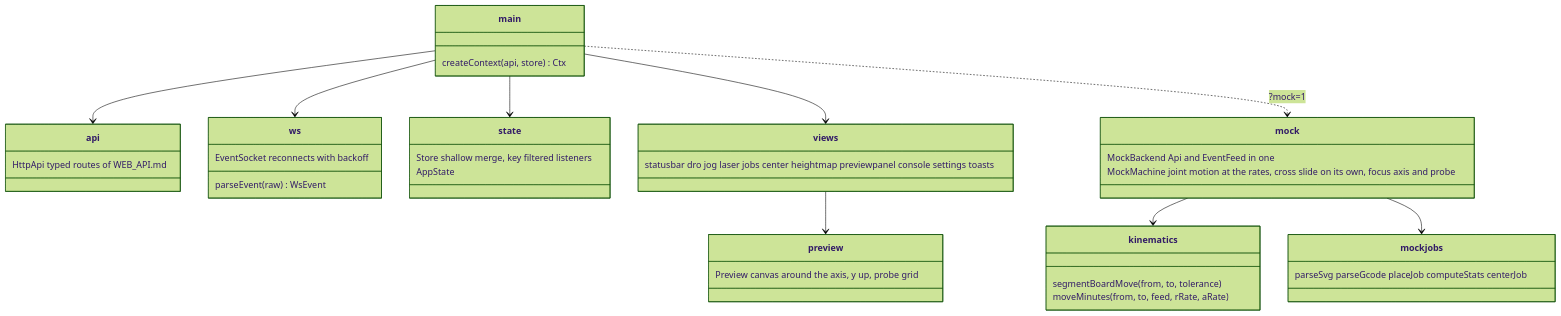
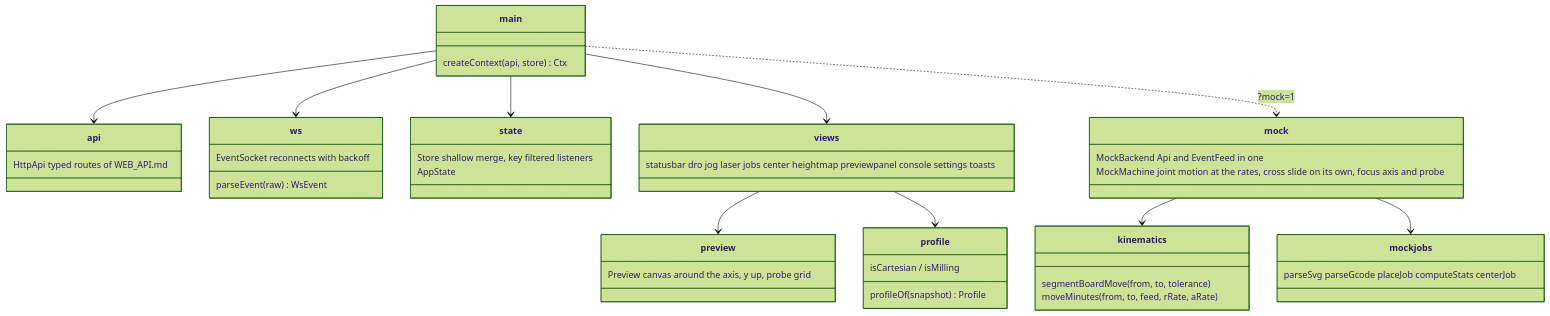
The diagram in web/frontend/README.md (tmpk13/spinny-cnc), drawn with Mermaid (forest theme) before and after one commit. The commit also changed other lines of this file and 14 other files, not shown here.

````diff
--- a/web/frontend/README.md
+++ b/web/frontend/README.md
@@ -33,42 +44,47 @@
 ```mermaid
 classDiagram
     class main {
         createContext(api, store) Ctx
     }
     class api {
         HttpApi  typed routes of WEB_API.md
     }
     class ws {
         EventSocket  reconnects with backoff
         parseEvent(raw) WsEvent
     }
     class state {
         Store  shallow merge, key filtered listeners
         AppState
     }
     class views {
         statusbar dro jog laser jobs center heightmap previewpanel console settings toasts
     }
     class preview {
         Preview  canvas around the axis, y up, probe grid
     }
+    class profile {
+        profileOf(snapshot) Profile
+        isCartesian / isMilling
+    }
     class kinematics {
         segmentBoardMove(from, to, tolerance)
         moveMinutes(from, to, feed, rRate, aRate)
     }
     class mock {
         MockBackend  Api and EventFeed in one
         MockMachine  joint motion at the rates, cross slide on its own, focus axis and probe
     }
     class mockjobs {
         parseSvg parseGcode placeJob computeStats centerJob
     }
     main --> api
     main --> ws
     main --> state
     main --> views
     views --> preview
+    views --> profile
     mock --> kinematics
     mock --> mockjobs
     main ..> mock : ?mock=1
 ```
````
